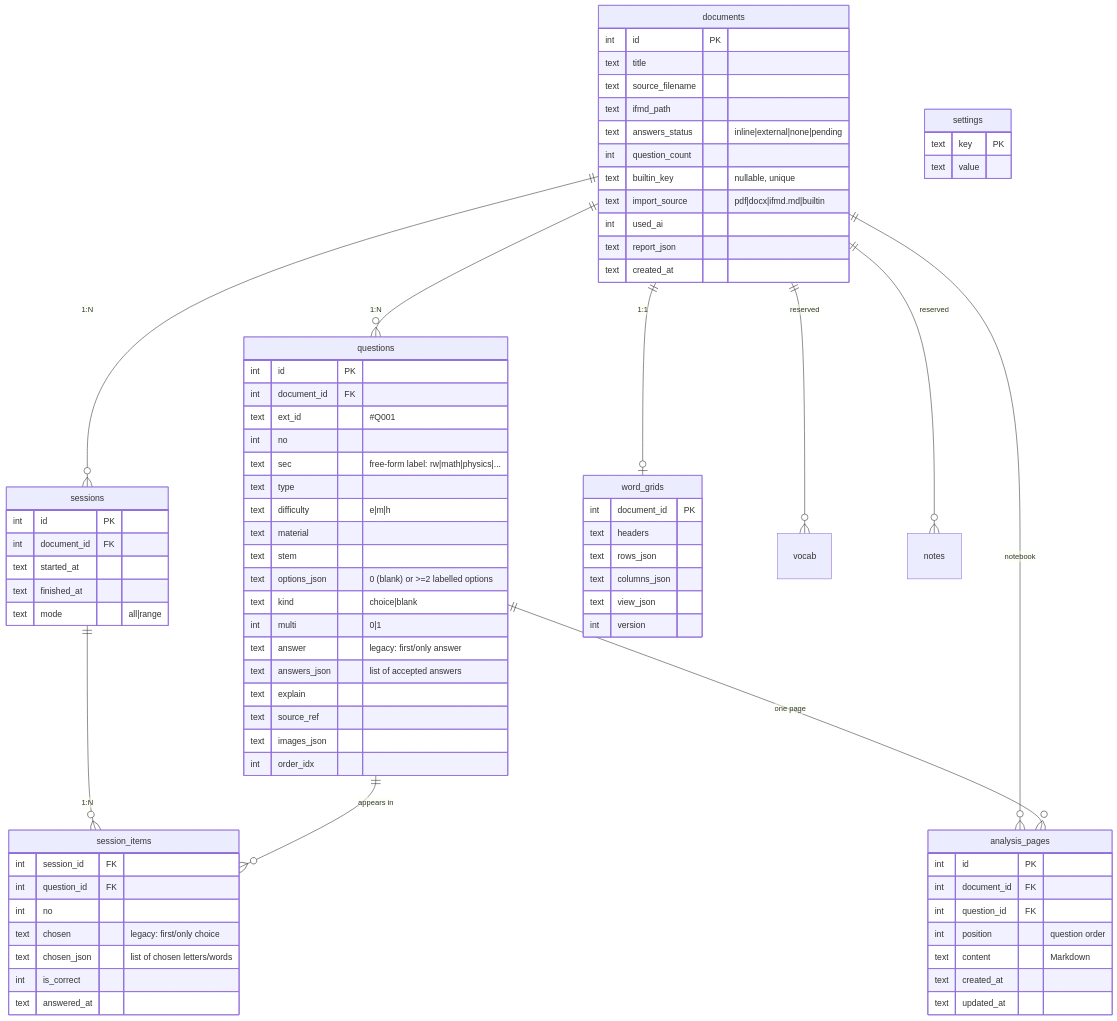
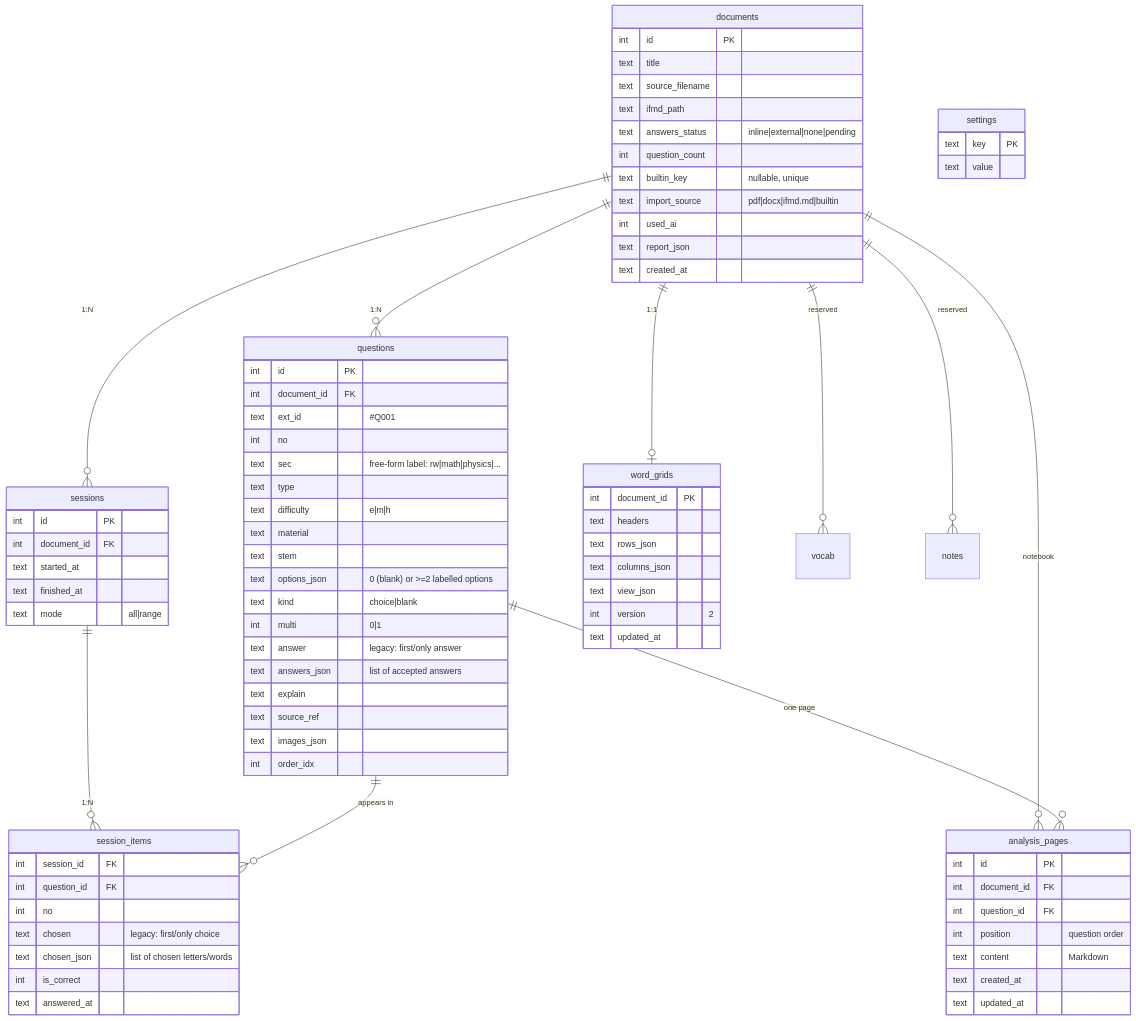
The second of 2 diagrams in docs/ARCHITECTURE.md (JasonSun2009CN/InteFlow), drawn with Mermaid before and after one commit. The commit also changed other lines of this file and 29 other files, not shown here.

```diff
--- a/docs/ARCHITECTURE.md
+++ b/docs/ARCHITECTURE.md
@@ -152,7 +163,8 @@
     text rows_json
     text columns_json
     text view_json
-    int version
+    int version "2"
+    text updated_at
   }
   settings {
     text key PK
```
